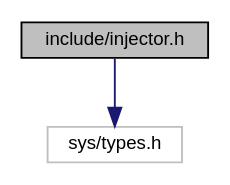
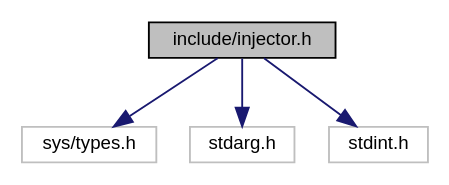
The diagram in docs/injector_8h__incl.dot (kubo/injector), drawn with Graphviz before and after one commit. The commit also changed 9 other files, not shown here.

```diff
--- a/docs/injector_8h__incl.dot
+++ b/docs/injector_8h__incl.dot
@@ -1,9 +1,13 @@
 digraph "include/injector.h"
 {
  // LATEX_PDF_SIZE
   edge [fontname="Helvetica",fontsize="10",labelfontname="Helvetica",labelfontsize="10"];
   node [fontname="Helvetica",fontsize="10",shape=record];
   Node1 [label="include/injector.h",height=0.2,width=0.4,color="black", fillcolor="grey75", style="filled", fontcolor="black",tooltip="Library for injecting a shared library into a Linux, Windows and macOS process."];
   Node1 -> Node2 [color="midnightblue",fontsize="10",style="solid",fontname="Helvetica"];
   Node2 [label="sys/types.h",height=0.2,width=0.4,color="grey75", fillcolor="white", style="filled",tooltip=" "];
+  Node1 -> Node3 [color="midnightblue",fontsize="10",style="solid",fontname="Helvetica"];
+  Node3 [label="stdarg.h",height=0.2,width=0.4,color="grey75", fillcolor="white", style="filled",tooltip=" "];
+  Node1 -> Node4 [color="midnightblue",fontsize="10",style="solid",fontname="Helvetica"];
+  Node4 [label="stdint.h",height=0.2,width=0.4,color="grey75", fillcolor="white", style="filled",tooltip=" "];
 }
```
